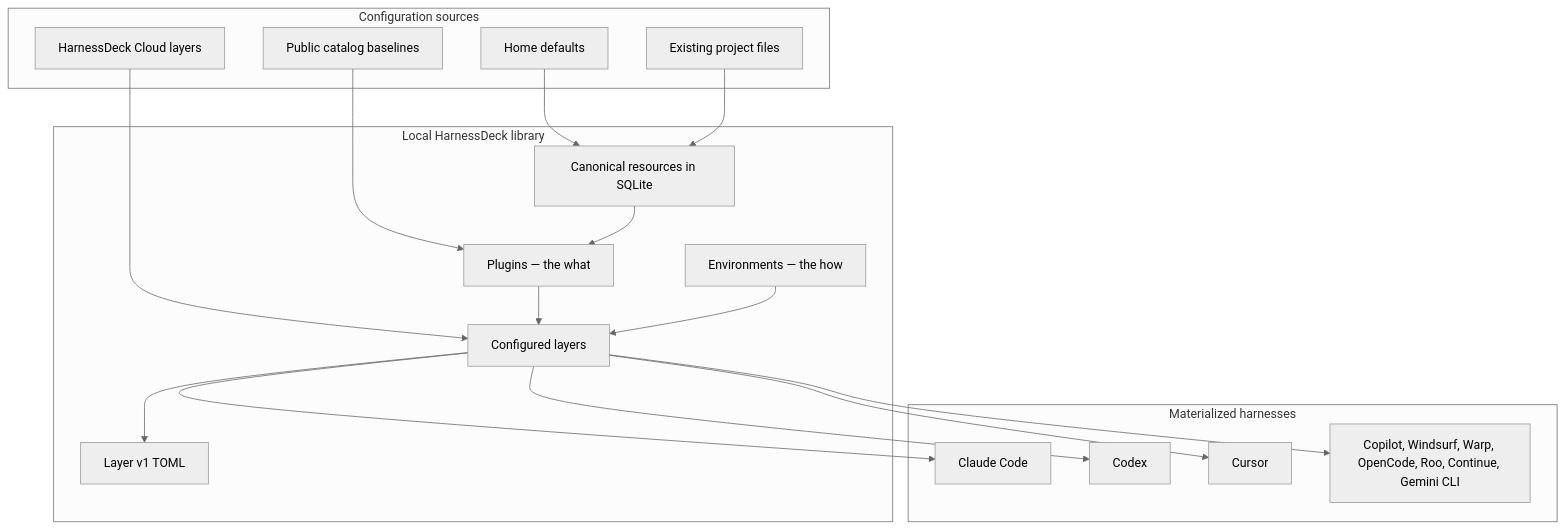
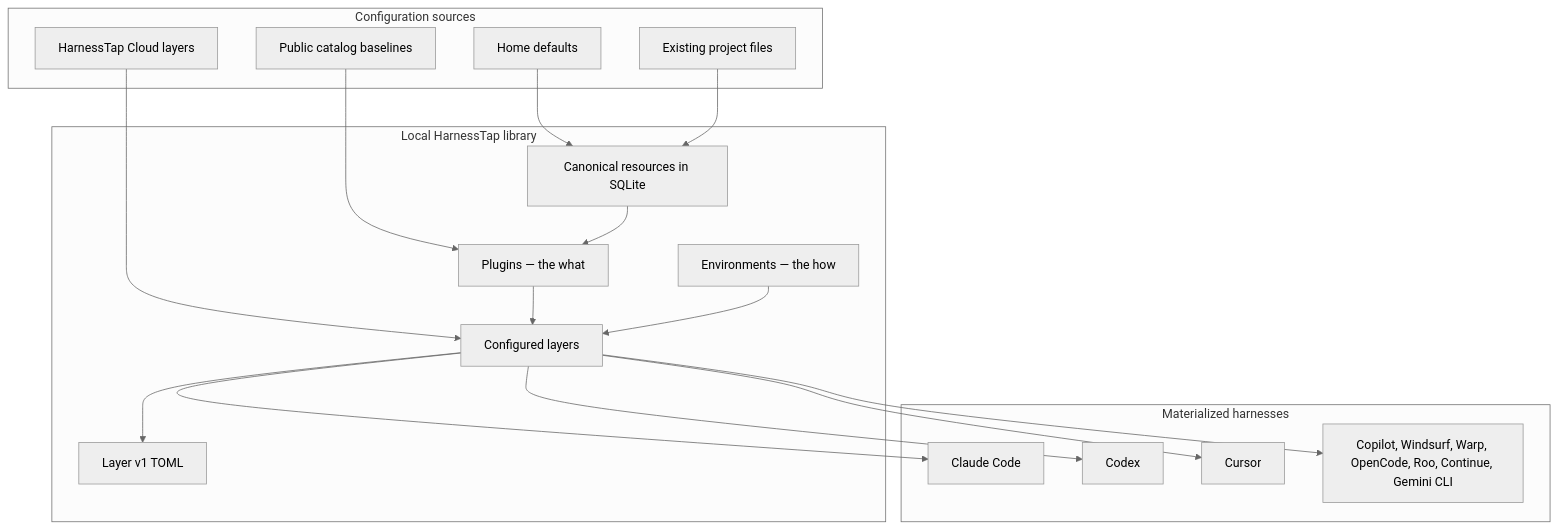
One commit to harnesstap/harnesstap changed the first of 3 diagrams in README.md. Above: the diagram before and after it, drawn with Mermaid (neutral theme). The commit also changed other lines of this file and 195 other files, not shown here.

Commit message:
refactor: complete CLI HarnessTap identifier sweep

````diff
--- a/README.md
+++ b/README.md
@@ -214,37 +214,37 @@
 ```mermaid
 flowchart TB
   subgraph Sources[Configuration sources]
     Home[Home defaults]
     Repo[Existing project files]
-    Cloud[HarnessDeck Cloud layers]
+    Cloud[HarnessTap Cloud layers]
     BuiltIn[Public catalog baselines]
   end
 
-  subgraph Library[Local HarnessDeck library]
+  subgraph Library[Local HarnessTap library]
     Resources[Canonical resources in SQLite]
     Plugins[Plugins — the what]
     Envs[Environments — the how]
     Layers[Configured layers]
     Bundles[Layer v1 TOML]
   end
 
   subgraph Targets[Materialized harnesses]
     Claude[Claude Code]
     Codex[Codex]
     Cursor[Cursor]
     Generic[Copilot, Windsurf, Warp, OpenCode, Roo, Continue, Gemini CLI]
   end
 
   Home --> Resources
   Repo --> Resources
   Cloud --> Layers
   BuiltIn --> Plugins
   Resources --> Plugins
   Plugins --> Layers
   Envs --> Layers
   Layers --> Bundles
   Layers --> Claude
   Layers --> Codex
   Layers --> Cursor
   Layers --> Generic
 ```
````
